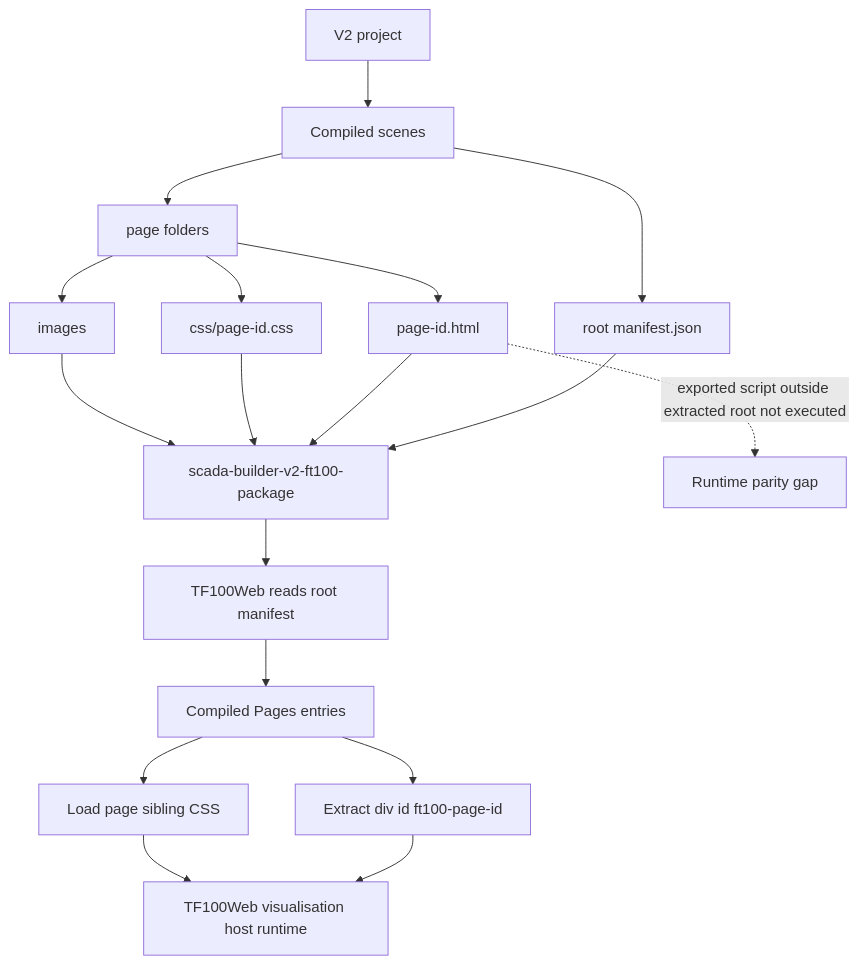
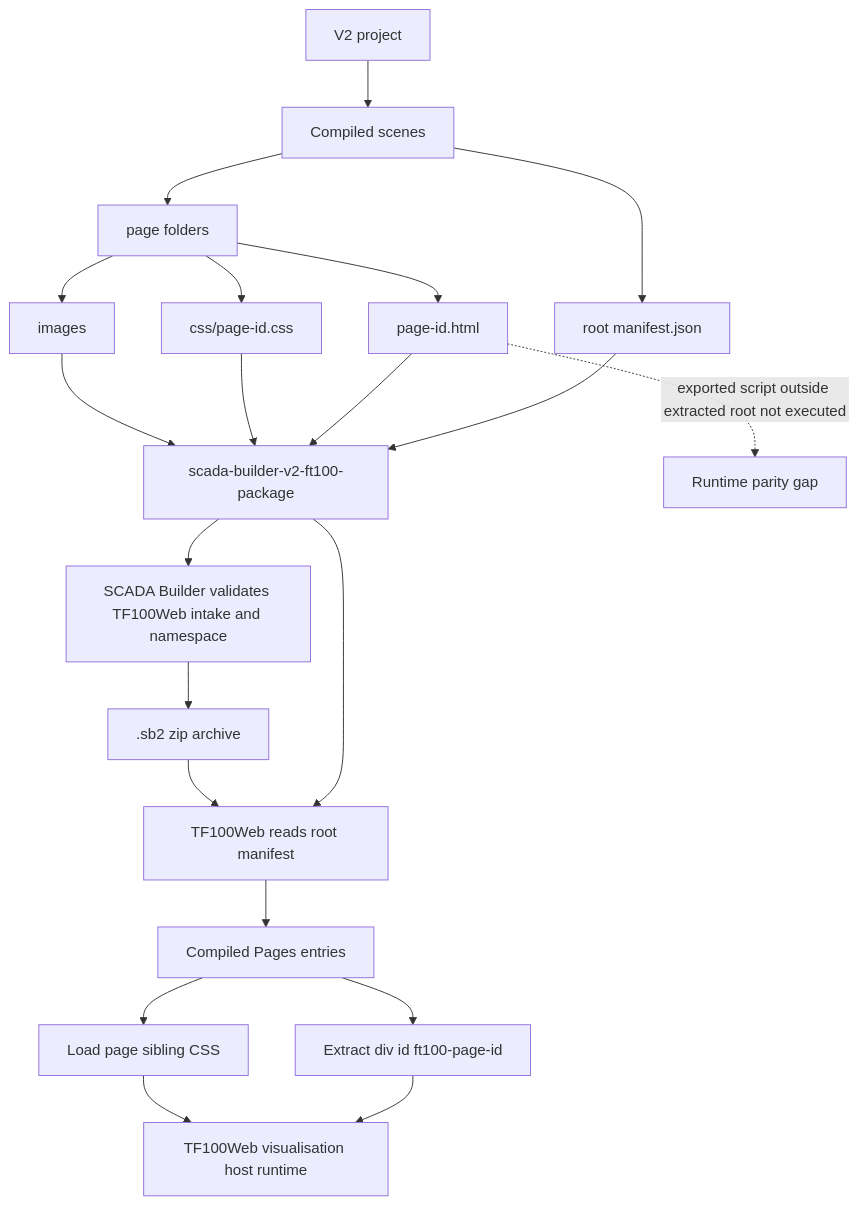
The diagram in docs/10_generated/EXPORT_FLOW_DIAGRAM_V2.md (technologiesflorizon/scadabuilder), drawn with Mermaid before and after one commit. The commit also changed other lines of this file and 17 other files, not shown here.

````diff
--- a/docs/10_generated/EXPORT_FLOW_DIAGRAM_V2.md
+++ b/docs/10_generated/EXPORT_FLOW_DIAGRAM_V2.md
@@ -14,20 +15,23 @@
 ```mermaid
 flowchart TD
   Project[V2 project] --> Scenes[Compiled scenes]
   Scenes --> Manifest[root manifest.json]
   Scenes --> Pages[page folders]
   Pages --> Html[page-id.html]
   Pages --> Css[css/page-id.css]
   Pages --> Images[images]
   Manifest --> Package[scada-builder-v2-ft100-package]
   Html --> Package
   Css --> Package
   Images --> Package
+  Package --> Validate[SCADA Builder validates TF100Web intake and namespace]
+  Validate --> Sb2[.sb2 zip archive]
   Package --> TfManifest[TF100Web reads root manifest]
+  Sb2 --> TfManifest
   TfManifest --> TfPages[Compiled Pages entries]
   TfPages --> TfFragment[Extract div id ft100-page-id]
   TfPages --> TfCss[Load page sibling CSS]
   TfFragment --> TfHost[TF100Web visualisation host runtime]
   TfCss --> TfHost
   Html -. exported script outside extracted root not executed .-> TfGap[Runtime parity gap]
 ```
````
